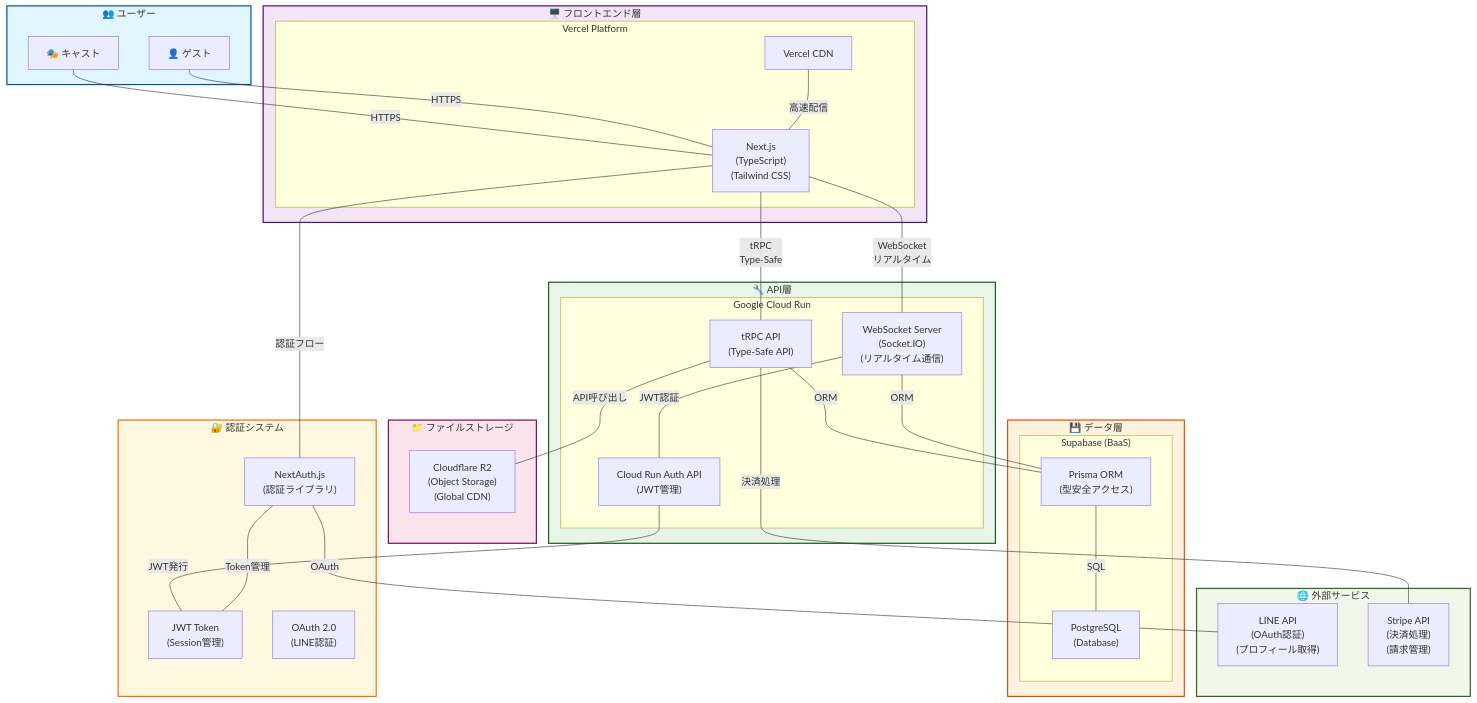
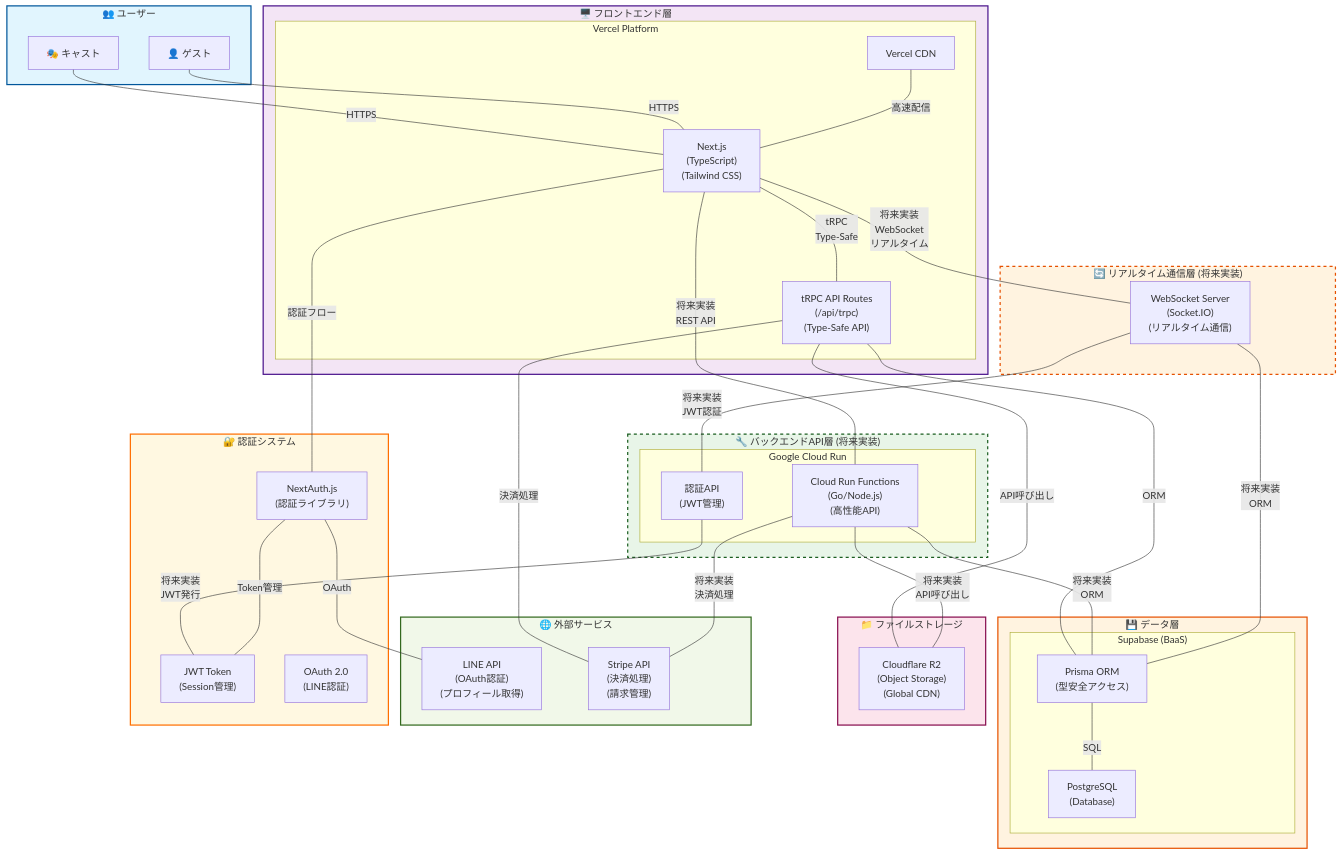
One commit to hathaiviet411/capu-mirror changed the diagram in Capu-docs/Design/システム構成図.md. Above: the diagram before and after it, drawn with Mermaid. The commit also changed other lines of this file and 3 other files, not shown here.

First line of the commit message:
docs: システム構成図の更新とAPI振り分け判定基準の追加

```diff
--- a/Capu-docs/Design/システム構成図.md
+++ b/Capu-docs/Design/システム構成図.md
@@ -18,17 +18,22 @@
     subgraph Frontend ["🖥️ フロントエンド層"]
         subgraph VercelPlatform ["Vercel Platform"]
             NextJS["Next.js<br/>(TypeScript)<br/>(Tailwind CSS)"]
+            tRPCAPI["tRPC API Routes<br/>(/api/trpc)<br/>(Type-Safe API)"]
             VercelCDN["Vercel CDN"]
         end
     end
     
-    %% API層
-    subgraph APILayer ["🔧 API層"]
+    %% 将来実装予定のバックエンドAPI層
+    subgraph BackendAPI ["🔧 バックエンドAPI層 (将来実装)"]
         subgraph CloudRun ["Google Cloud Run"]
-            tRPCAPI["tRPC API<br/>(Type-Safe API)"]
-            AuthAPI["Cloud Run Auth API<br/>(JWT管理)"]
-            WebSocketServer["WebSocket Server<br/>(Socket.IO)<br/>(リアルタイム通信)"]
+            CloudRunAPI["Cloud Run Functions<br/>(Go/Node.js)<br/>(高性能API)"]
+            AuthAPI["認証API<br/>(JWT管理)"]
         end
+    end
+    
+    %% 将来実装予定のリアルタイム通信層
+    subgraph RealtimeLayer ["🔄 リアルタイム通信層 (将来実装)"]
+        WebSocketServer["WebSocket Server<br/>(Socket.IO)<br/>(リアルタイム通信)"]
     end
     
     %% データ層
@@ -62,19 +67,26 @@
     Guest ---|HTTPS| NextJS
     
     NextJS ---|tRPC<br/>Type-Safe| tRPCAPI
-    NextJS ---|WebSocket<br/>リアルタイム| WebSocketServer
+    NextJS ---|将来実装<br/>REST API| CloudRunAPI
+    NextJS ---|将来実装<br/>WebSocket<br/>リアルタイム| WebSocketServer
     NextJS ---|認証フロー| NextAuth
     
     VercelCDN ---|高速配信| NextJS
     
+    %% 現在の実装
     tRPCAPI ---|ORM| PrismaORM
     tRPCAPI ---|API呼び出し| CloudflareR2
     tRPCAPI ---|決済処理| Stripe
     
-    WebSocketServer ---|ORM| PrismaORM
-    WebSocketServer ---|JWT認証| AuthAPI
+    %% 将来の実装
+    CloudRunAPI ---|将来実装<br/>ORM| PrismaORM
+    CloudRunAPI ---|将来実装<br/>API呼び出し| CloudflareR2
+    CloudRunAPI ---|将来実装<br/>決済処理| Stripe
     
-    AuthAPI ---|JWT発行| JWT
+    WebSocketServer ---|将来実装<br/>ORM| PrismaORM
+    WebSocketServer ---|将来実装<br/>JWT認証| AuthAPI
+    
+    AuthAPI ---|将来実装<br/>JWT発行| JWT
     NextAuth ---|OAuth| LINE
     NextAuth ---|Token管理| JWT
     
@@ -83,7 +95,8 @@
     %% スタイリング
     classDef userStyle fill:#e1f5fe,stroke:#01579b,stroke-width:2px
     classDef frontendStyle fill:#f3e5f5,stroke:#4a148c,stroke-width:2px
-    classDef apiStyle fill:#e8f5e8,stroke:#1b5e20,stroke-width:2px
+    classDef backendStyle fill:#e8f5e8,stroke:#1b5e20,stroke-width:2px,stroke-dasharray: 5 5
+    classDef realtimeStyle fill:#fff3e0,stroke:#e65100,stroke-width:2px,stroke-dasharray: 5 5
     classDef dataStyle fill:#fff3e0,stroke:#e65100,stroke-width:2px
     classDef storageStyle fill:#fce4ec,stroke:#880e4f,stroke-width:2px
     classDef externalStyle fill:#f1f8e9,stroke:#33691e,stroke-width:2px
@@ -91,7 +104,8 @@
     
     class Users userStyle
     class Frontend frontendStyle
-    class APILayer apiStyle
+    class BackendAPI backendStyle
+    class RealtimeLayer realtimeStyle
     class DataLayer dataStyle
     class Storage storageStyle
     class ExternalServices externalStyle
```
